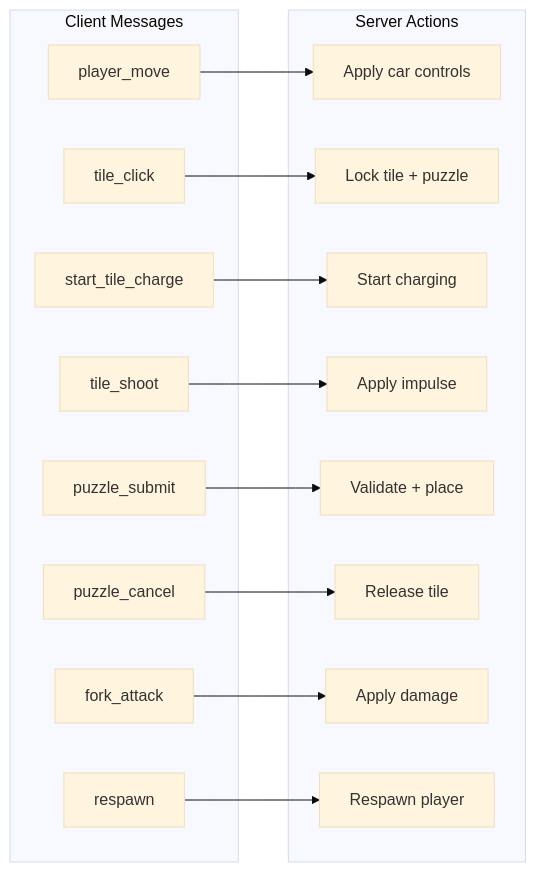
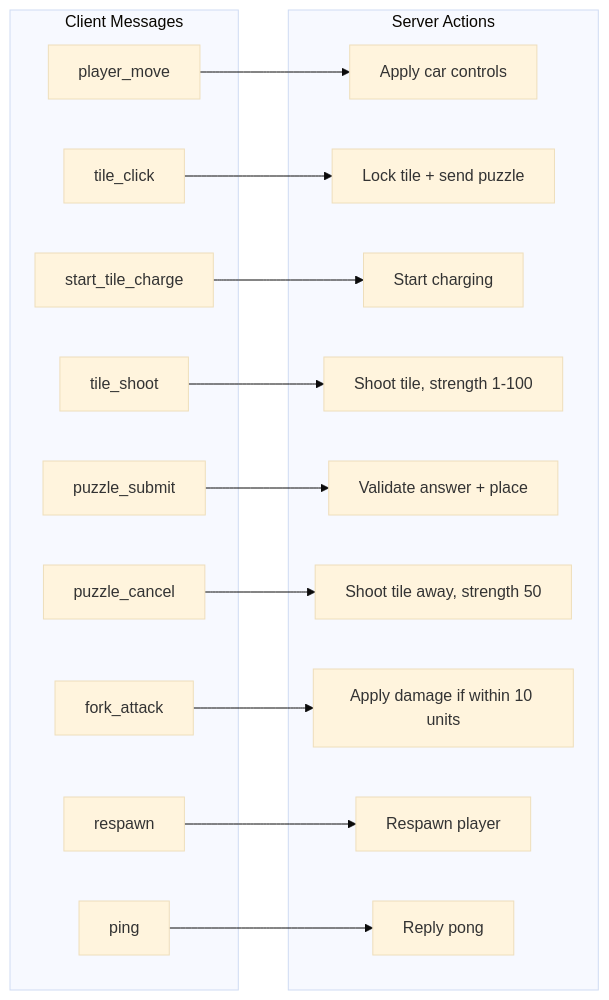
The third of 16 diagrams in docs/GAME_LOGIC.md (nguyenvanduocit/the-car-game), drawn with Mermaid (base theme) before and after one commit. The commit also changed other lines of this file and 18 other files, not shown here.

````diff
--- a/docs/GAME_LOGIC.md
+++ b/docs/GAME_LOGIC.md
@@ -92,33 +96,36 @@
 ```mermaid
 graph LR
     subgraph Messages["Client Messages"]
         pm[player_move]
         tc[tile_click]
         stc[start_tile_charge]
         ts[tile_shoot]
         ps[puzzle_submit]
         pc[puzzle_cancel]
         fa[fork_attack]
         rs[respawn]
+        pg[ping]
     end
 
     subgraph Actions["Server Actions"]
         car[Apply car controls]
-        lock[Lock tile + puzzle]
+        lock[Lock tile + send puzzle]
         charge[Start charging]
-        impulse[Apply impulse]
-        validate[Validate + place]
-        release[Release tile]
-        damage[Apply damage]
+        impulse[Shoot tile, strength 1-100]
+        validate[Validate answer + place]
+        release[Shoot tile away, strength 50]
+        damage[Apply damage if within 10 units]
         spawn[Respawn player]
+        pong[Reply pong]
     end
 
     pm --> car
     tc --> lock
     stc --> charge
     ts --> impulse
     ps --> validate
     pc --> release
     fa --> damage
     rs --> spawn
+    pg --> pong
 ```
````
